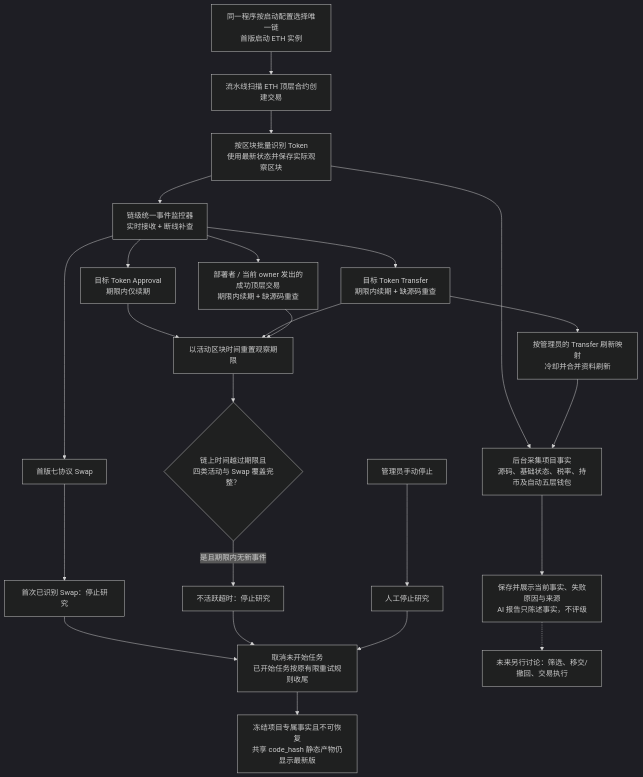
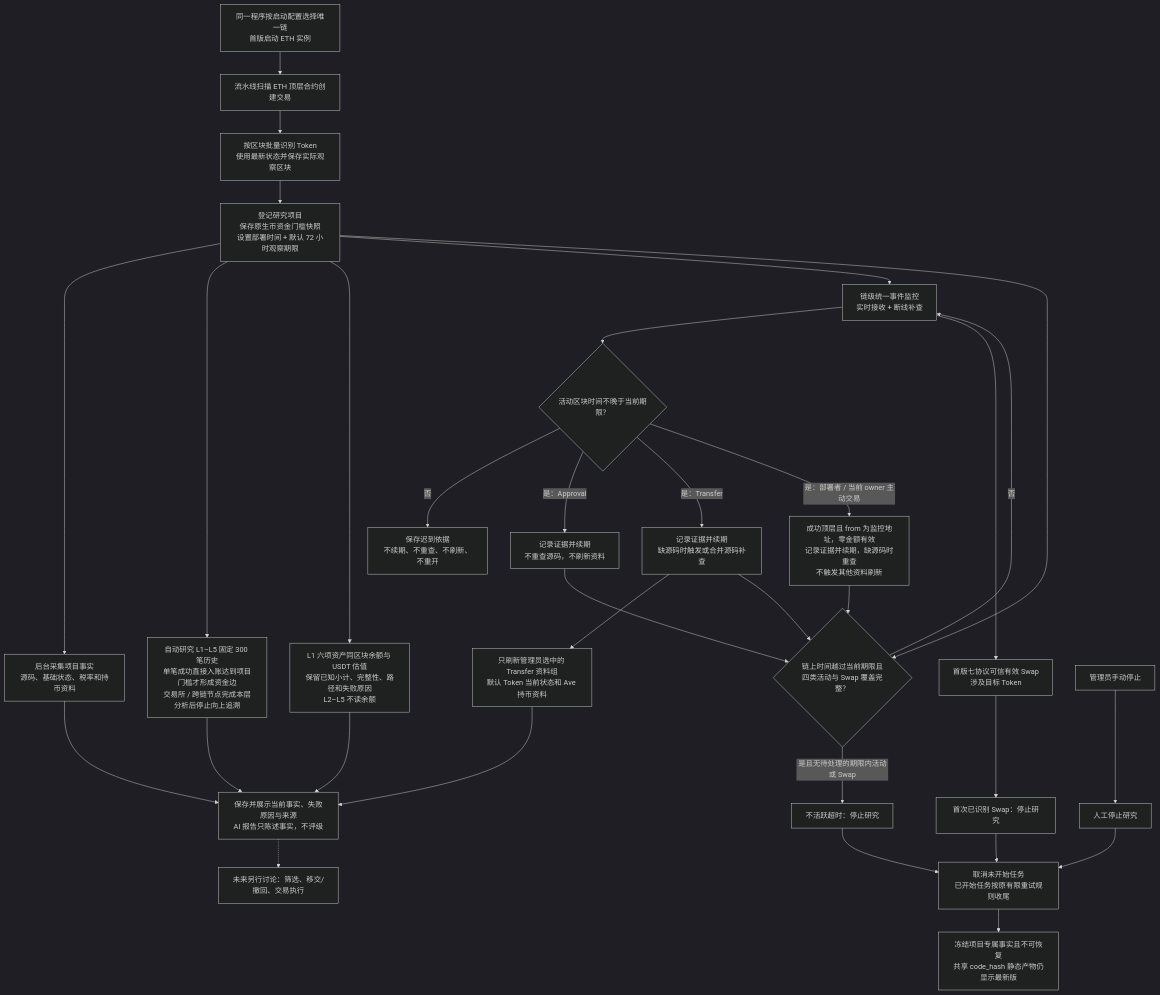
One commit to useryege/athena-o changed the diagram in docs/requirements/token/token-overall-flow.md. Above: the diagram before and after it, drawn with Mermaid (dark theme). The commit also changed other lines of this file and 12 other files, not shown here.

````diff
--- a/docs/requirements/token/token-overall-flow.md
+++ b/docs/requirements/token/token-overall-flow.md
@@ -11,30 +11,38 @@
 ```mermaid
 flowchart TD
     runtime["同一程序按启动配置选择唯一链<br/>首版启动 ETH 实例"] --> deployed["流水线扫描 ETH 顶层合约创建交易"]
     deployed --> identify["按区块批量识别 Token<br/>使用最新状态并保存实际观察区块"]
-    identify --> collect["后台采集项目事实<br/>源码、基础状态、税率、持币及自动五层钱包"]
+    identify --> setup["登记研究项目<br/>保存原生币资金门槛快照<br/>设置部署时间 + 默认 72 小时观察期限"]
+    setup --> collect["后台采集项目事实<br/>源码、基础状态、税率和持币资料"]
     collect --> display["保存并展示当前事实、失败原因与来源<br/>AI 报告只陈述事实，不评级"]
+    setup --> wallets["自动研究 L1–L5 固定 300 笔历史<br/>单笔成功直接入账达到项目门槛才形成资金边<br/>交易所 / 跨链节点完成本层分析后停止向上追溯"]
+    wallets --> display
+    setup --> assets["L1 六项资产同区块余额与 USDT 估值<br/>保留已知小计、完整性、路径和失败原因<br/>L2–L5 不读余额"]
+    assets --> display
 
-    identify --> monitor["链级统一事件监控器<br/>实时接收 + 断线补查"]
-    monitor --> approval["目标 Token Approval<br/>期限内仅续期"]
-    monitor --> transfer["目标 Token Transfer<br/>期限内续期 + 缺源码重查"]
-    monitor --> walletTx["部署者 / 当前 owner 发出的成功顶层交易<br/>期限内续期 + 缺源码重查"]
-    approval --> renew["以活动区块时间重置观察期限"]
-    transfer --> renew
-    walletTx --> renew
-    transfer --> refresh["按管理员的 Transfer 刷新映射<br/>冷却并合并资料刷新"]
-    refresh --> collect
+    setup --> monitor["链级统一事件监控<br/>实时接收 + 断线补查"]
+    monitor --> eligible{"活动区块时间不晚于当前期限？"}
+    eligible -->|否| late["保存迟到依据<br/>不续期、不重查、不刷新、不重开"]
+    eligible -->|是：Approval| approval["记录证据并续期<br/>不重查源码，不刷新资料"]
+    eligible -->|是：Transfer| transfer["记录证据并续期<br/>缺源码时触发或合并源码补查"]
+    eligible -->|是：部署者 / 当前 owner 主动交易| walletTx["成功顶层且 from 为监控地址，零金额有效<br/>记录证据并续期，缺源码时重查<br/>不触发其他资料刷新"]
+    transfer --> refresh["只刷新管理员选中的 Transfer 资料组<br/>默认 Token 当前状态和 Ave 持币资料"]
+    refresh --> display
 
-    monitor --> swap["首版七协议 Swap"]
+    monitor --> swap["首版七协议可信有效 Swap<br/>涉及目标 Token"]
     swap --> stopSwap["首次已识别 Swap：停止研究"]
-    renew --> timeout{"链上时间越过期限且<br/>四类活动与 Swap 覆盖完整？"}
-    timeout -->|是且期限内无新事件| stopTimeout["不活跃超时：停止研究"]
+    setup --> timeout{"链上时间越过当前期限且<br/>四类活动与 Swap 覆盖完整？"}
+    approval --> timeout
+    transfer --> timeout
+    walletTx --> timeout
+    timeout -->|是且无待处理的期限内活动或 Swap| stopTimeout["不活跃超时：停止研究"]
+    timeout -->|否| monitor
     admin["管理员手动停止"] --> stopManual["人工停止研究"]
 
     stopSwap --> settle["取消未开始任务<br/>已开始任务按原有限重试规则收尾"]
     stopTimeout --> settle
     stopManual --> settle
     settle --> freeze["冻结项目专属事实且不可恢复<br/>共享 code_hash 静态产物仍显示最新版"]
 
     display -.-> future["未来另行讨论：筛选、移交/撤回、交易执行"]
 ```
````
